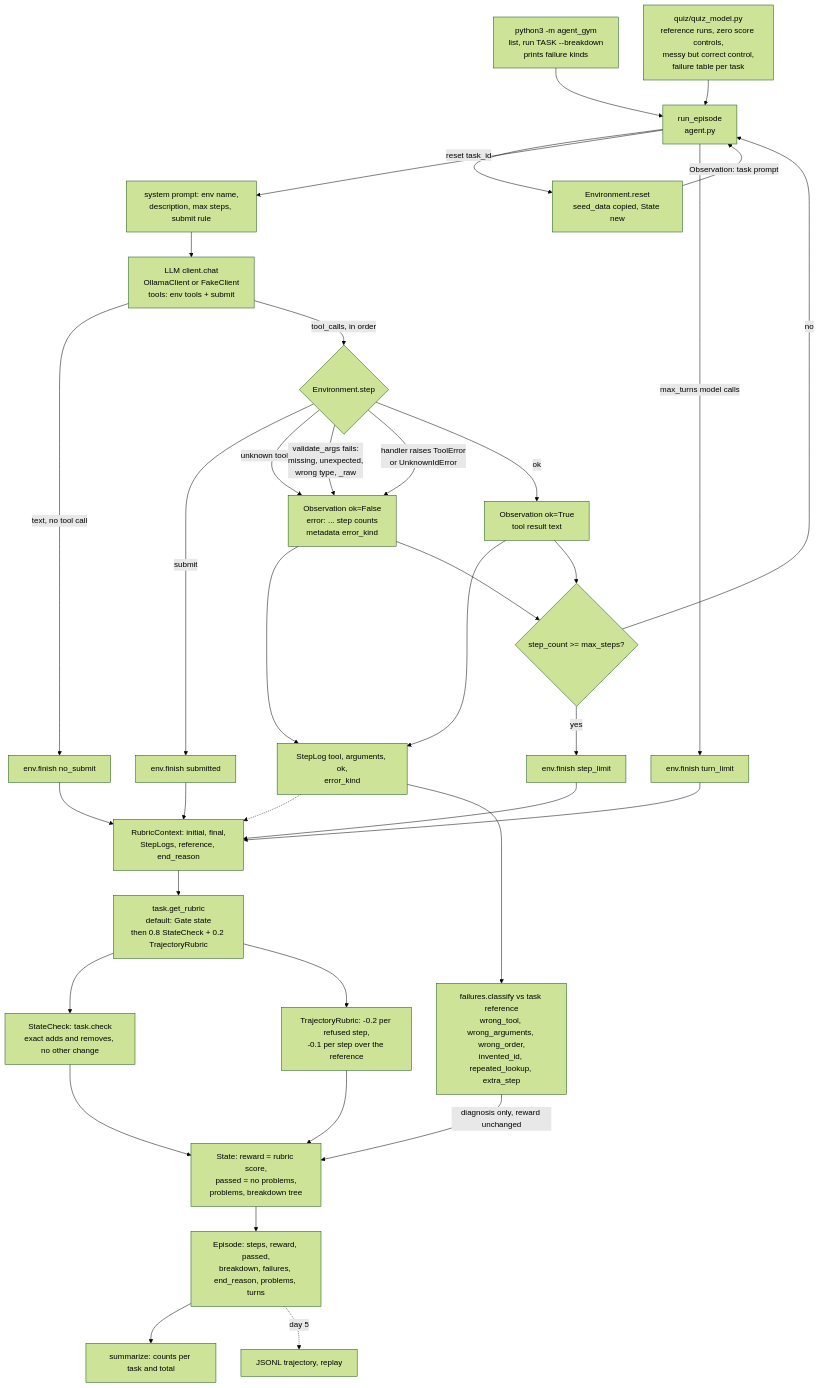
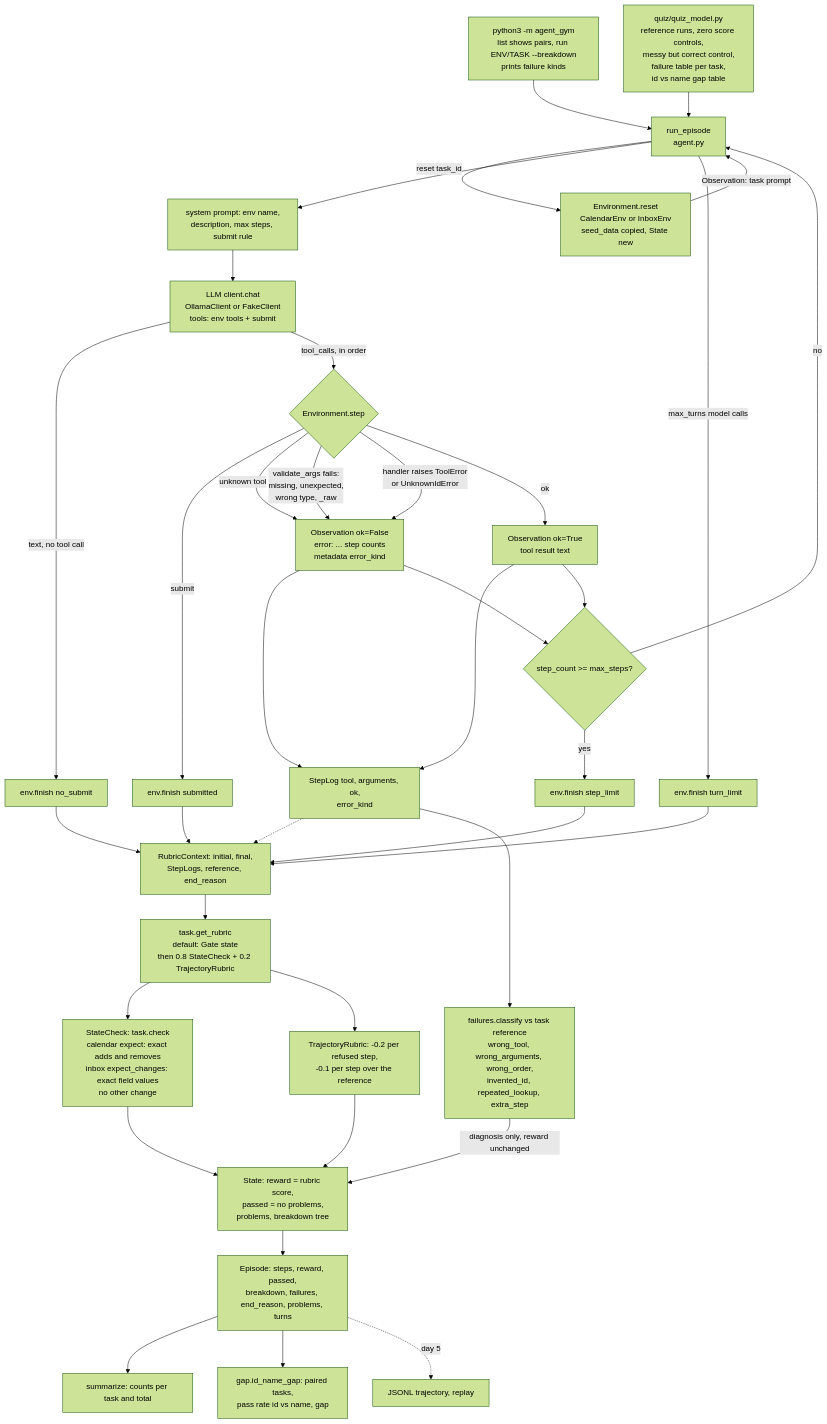
The diagram in week_03_agent_gym/flow.md (pavankonam/agents), drawn with Mermaid (forest theme) before and after one commit. The commit also changed other lines of this file and 19 other files, not shown here.

````diff
--- a/week_03_agent_gym/flow.md
+++ b/week_03_agent_gym/flow.md
@@ -5,38 +5,39 @@
 ```mermaid
 flowchart TD
-    CLI[python3 -m agent_gym<br/>list, run TASK --breakdown<br/>prints failure kinds] --> RE
-    QM[quiz/quiz_model.py<br/>reference runs, zero score controls,<br/>messy but correct control,<br/>failure table per task] --> RE
-    RE[run_episode<br/>agent.py] -->|reset task_id| ENV[Environment.reset<br/>seed_data copied, State new]
+    CLI[python3 -m agent_gym<br/>list shows pairs, run ENV/TASK --breakdown<br/>prints failure kinds] --> RE
+    QM[quiz/quiz_model.py<br/>reference runs, zero score controls,<br/>messy but correct control,<br/>failure table per task,<br/>id vs name gap table] --> RE
+    RE[run_episode<br/>agent.py] -->|reset task_id| ENV[Environment.reset<br/>CalendarEnv or InboxEnv<br/>seed_data copied, State new]
     ENV -->|Observation: task prompt| RE
     RE --> SP[system prompt: env name,<br/>description, max steps, submit rule]
     SP --> M[LLM client.chat<br/>OllamaClient or FakeClient<br/>tools: env tools + submit]
     M -->|text, no tool call| NS[env.finish no_submit]
     M -->|tool_calls, in order| ST{Environment.step}
     ST -->|submit| FIN[env.finish submitted]
     ST -->|unknown tool| ERR[Observation ok=False<br/>error: ... step counts<br/>metadata error_kind]
     ST -->|validate_args fails:<br/>missing, unexpected,<br/>wrong type, _raw| ERR
     ST -->|handler raises ToolError<br/>or UnknownIdError| ERR
     ST -->|ok| OK[Observation ok=True<br/>tool result text]
     ERR --> LOG[StepLog tool, arguments, ok,<br/>error_kind]
     OK --> LOG
     OK --> LIM{step_count >= max_steps?}
     ERR --> LIM
     LIM -->|yes| SL[env.finish step_limit]
     LIM -->|no| RE
     RE -->|max_turns model calls| TL[env.finish turn_limit]
     NS --> CHK
     FIN --> CHK
     SL --> CHK
     TL --> CHK
     CHK[RubricContext: initial, final,<br/>StepLogs, reference, end_reason] --> RB
     LOG -.-> CHK
-    RB[task.get_rubric<br/>default: Gate state<br/>then 0.8 StateCheck + 0.2 TrajectoryRubric] --> SC[StateCheck: task.check<br/>exact adds and removes, no other change]
+    RB[task.get_rubric<br/>default: Gate state<br/>then 0.8 StateCheck + 0.2 TrajectoryRubric] --> SC[StateCheck: task.check<br/>calendar expect: exact adds and removes<br/>inbox expect_changes: exact field values<br/>no other change]
     RB --> TJ[TrajectoryRubric: -0.2 per refused step,<br/>-0.1 per step over the reference]
     SC --> RW[State: reward = rubric score,<br/>passed = no problems,<br/>problems, breakdown tree]
     TJ --> RW
     LOG --> FT[failures.classify vs task reference<br/>wrong_tool, wrong_arguments, wrong_order,<br/>invented_id, repeated_lookup, extra_step]
     FT -->|diagnosis only, reward unchanged| RW
     RW --> EP[Episode: steps, reward, passed,<br/>breakdown, failures, end_reason, problems, turns]
     EP --> SUM[summarize: counts per task and total]
+    EP --> GAP[gap.id_name_gap: paired tasks,<br/>pass rate id vs name, gap]
     EP -.->|day 5| TR[JSONL trajectory, replay]
 ```
````
